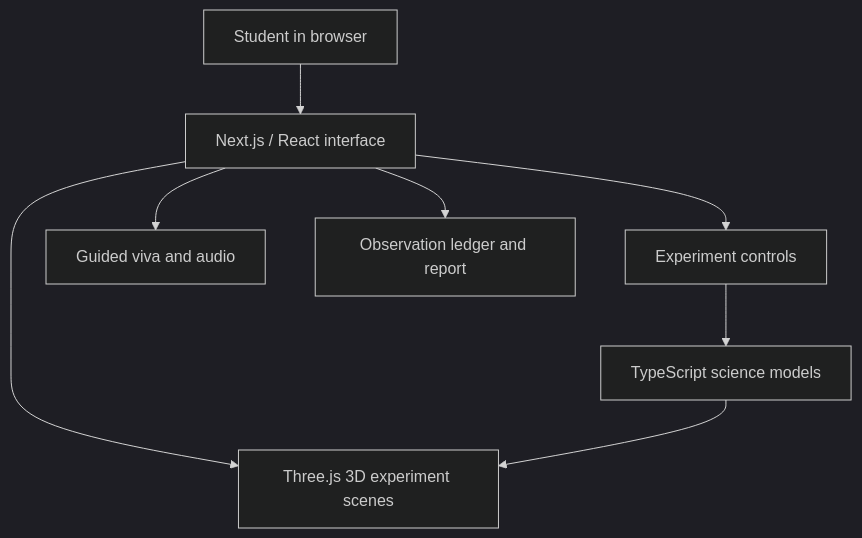
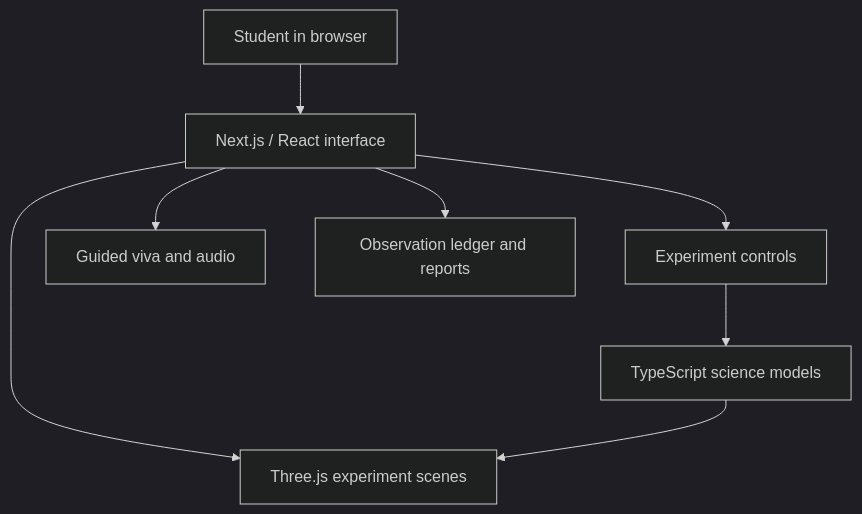
The diagram in readme.md (Saraththecoder/Demo-repo), drawn with Mermaid (dark theme) before and after one commit. The commit also changed other lines of this file, not shown here.

````diff
--- a/readme.md
+++ b/readme.md
@@ -76,10 +81,10 @@
 ```mermaid
 flowchart TD
     A[Student in browser] --> B[Next.js / React interface]
-    B --> C[Three.js 3D experiment scenes]
+    B --> C[Three.js experiment scenes]
     B --> D[Experiment controls]
     D --> E[TypeScript science models]
     E --> C
     B --> F[Guided viva and audio]
-    B --> G[Observation ledger and report]
+    B --> G[Observation ledger and reports]
 ```
````
